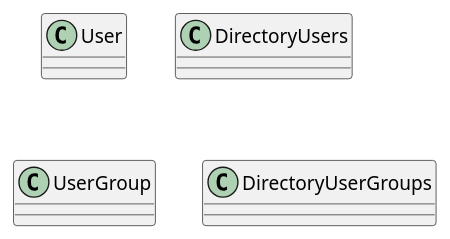
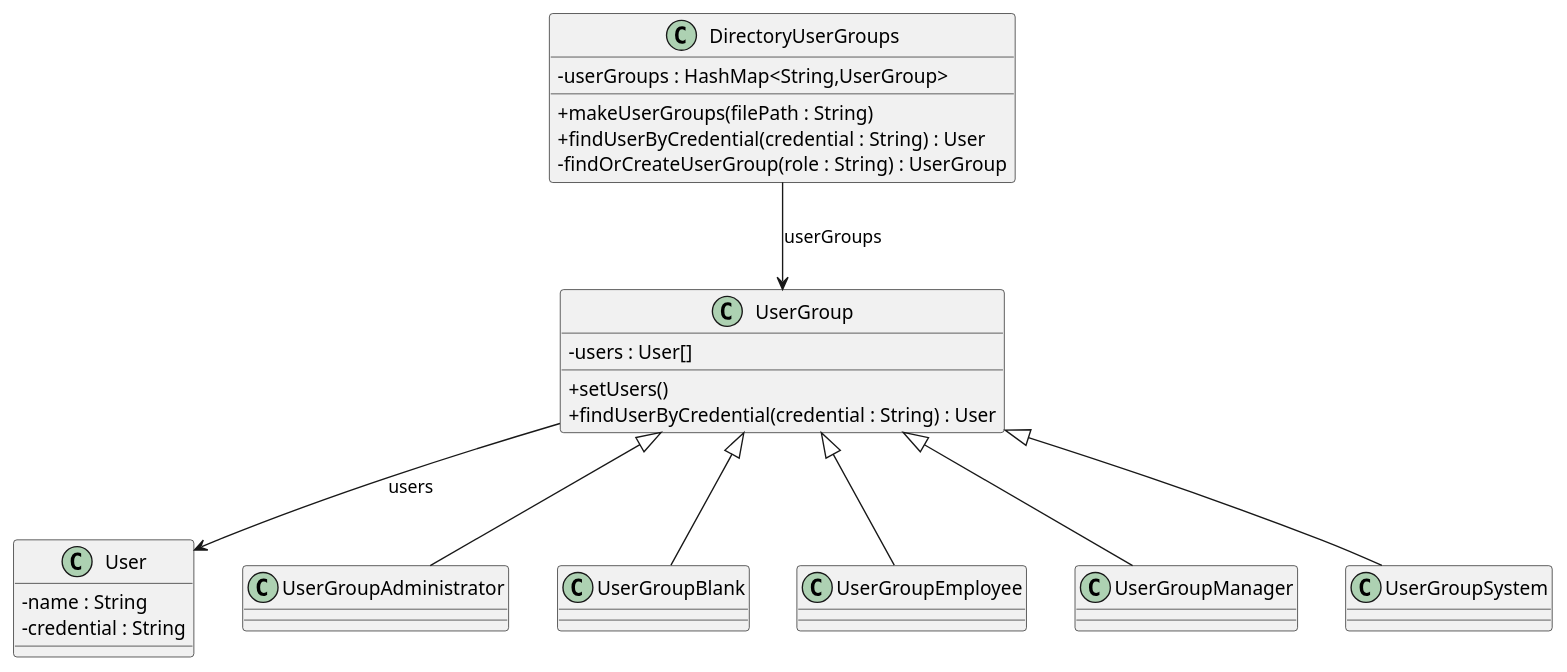
The diagram in src/baseNoStates/uml/Users.puml (alexuab69/PracticaDS), drawn with PlantUML before and after one commit. The commit also changed 14 other files, not shown here.

Commit message:
UserGroups + requestReader Almost completado, falta uml

```diff
--- a/src/baseNoStates/uml/Users.puml
+++ b/src/baseNoStates/uml/Users.puml
@@ -1,12 +1,41 @@
 @startuml
 'https://plantuml.com/sequence-diagram
-class User {
-}
-class DirectoryUsers {
-}
-class UserGroup {
-}
+skinparam classAttributeIconSize 0
+
 class DirectoryUserGroups {
+    - userGroups : HashMap<String,UserGroup>
+    + makeUserGroups(filePath : String)
+    + findUserByCredential(credential : String) : User
+    - findOrCreateUserGroup(role : String) : UserGroup
 }
 
+class UserGroup {
+    - users : User[]
+    + setUsers()
+    + findUserByCredential(credential : String) : User
+}
+
+class User {
+    - name : String
+    - credential : String
+}
+
+class UserGroupAdministrator extends UserGroup{
+
+}
+class UserGroupBlank extends UserGroup{
+
+}
+class UserGroupEmployee extends UserGroup{
+
+}
+class UserGroupManager extends UserGroup{
+
+}
+class UserGroupSystem extends UserGroup{
+
+}
+
+DirectoryUserGroups  -->  UserGroup : userGroups
+UserGroup  -->  User : users
 @enduml
```
